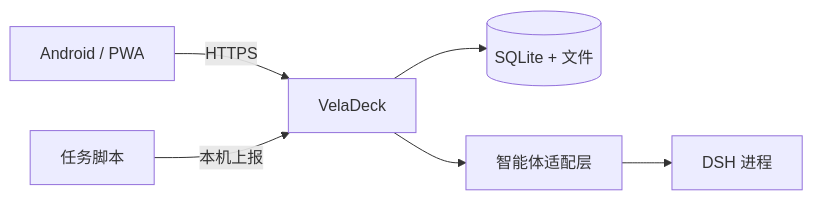
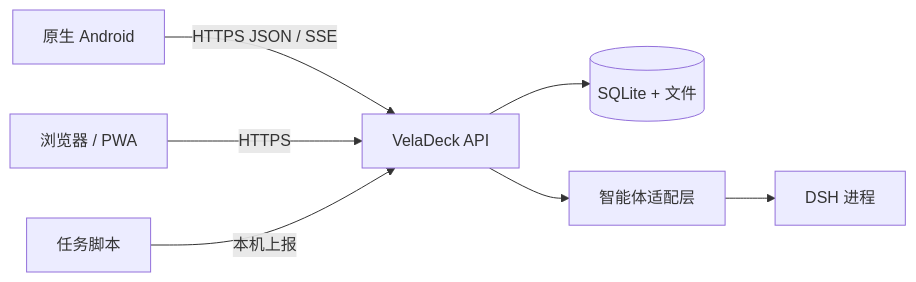
The diagram in README.zh-CN.md (zuquanzhi/veladeck), drawn with Mermaid before and after one commit. The commit also changed other lines of this file and 26 other files, not shown here.

````diff
--- a/README.zh-CN.md
+++ b/README.zh-CN.md
@@ -104,8 +104,9 @@
 ```mermaid
 flowchart LR
-    Phone["Android / PWA"] -->|HTTPS| Workspace["VelaDeck"]
+    Phone["原生 Android"] -->|HTTPS JSON / SSE| Workspace["VelaDeck API"]
+    Web["浏览器 / PWA"] -->|HTTPS| Workspace
     Workspace --> Store[("SQLite + 文件")]
     Workspace --> Bridge["智能体适配层"]
     Bridge --> Agent["DSH 进程"]
     Tasks["任务脚本"] -->|本机上报| Workspace
 ```
````
